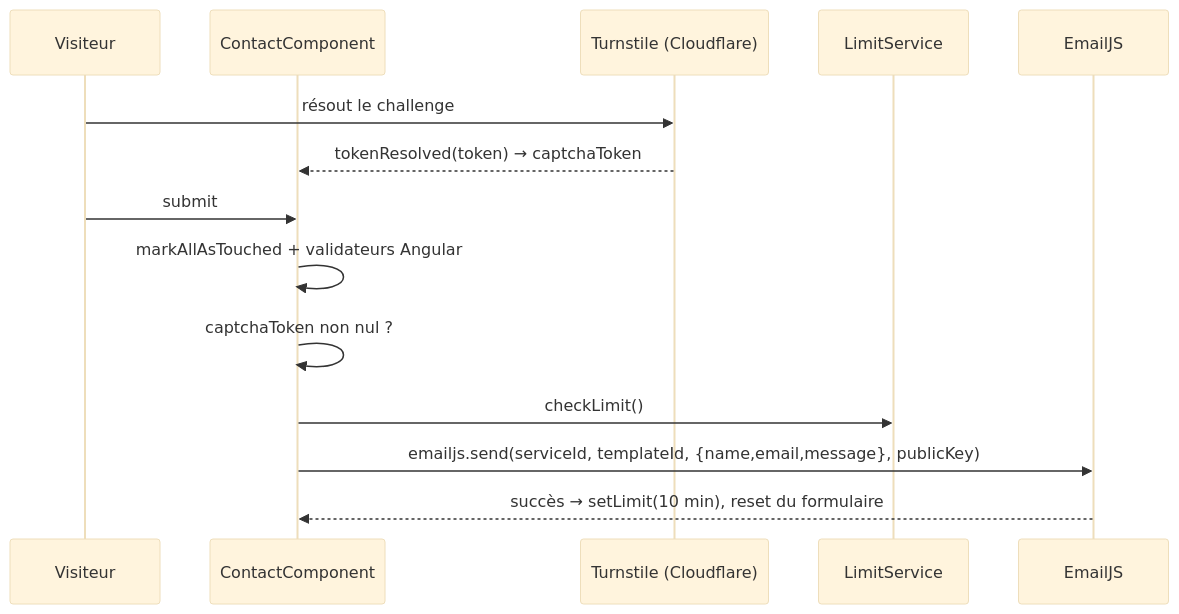
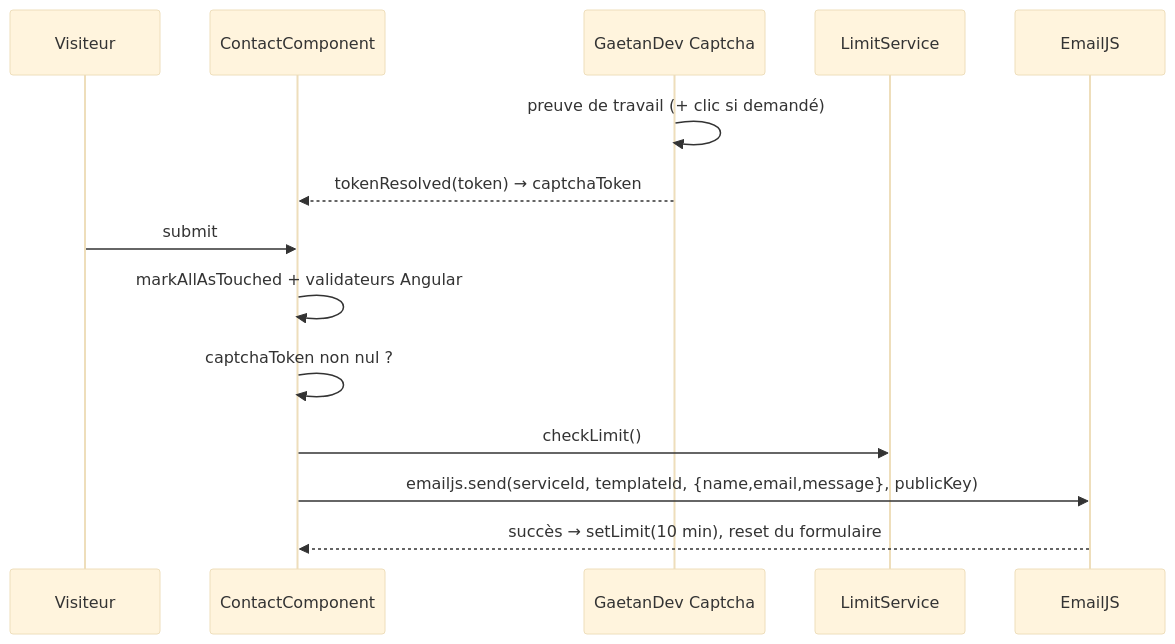
One commit to GaetanOff/Front-GaetanDev changed the diagram in docs/features/contact.md. Above: the diagram before and after it, drawn with Mermaid (base theme). The commit also changed other lines of this file and 9 other files, not shown here.

First line of the commit message:
feat(contact): remplace Cloudflare Turnstile par GaetanDev Captcha

````diff
--- a/docs/features/contact.md
+++ b/docs/features/contact.md
@@ -27,16 +27,16 @@
 ```mermaid
 sequenceDiagram
   participant U as Visiteur
   participant C as ContactComponent
-  participant T as Turnstile (Cloudflare)
+  participant T as GaetanDev Captcha
   participant L as LimitService
   participant E as EmailJS
-  U->>T: résout le challenge
+  T->>T: preuve de travail (+ clic si demandé)
   T-->>C: tokenResolved(token) → captchaToken
   U->>C: submit
   C->>C: markAllAsTouched + validateurs Angular
   C->>C: captchaToken non nul ?
   C->>L: checkLimit()
   C->>E: emailjs.send(serviceId, templateId, {name,email,message}, publicKey)
   E-->>C: succès → setLimit(10 min), reset du formulaire
 ```
````
